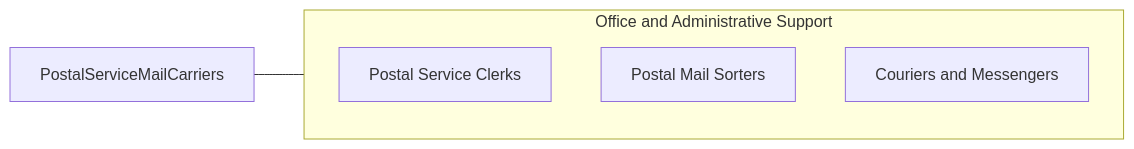
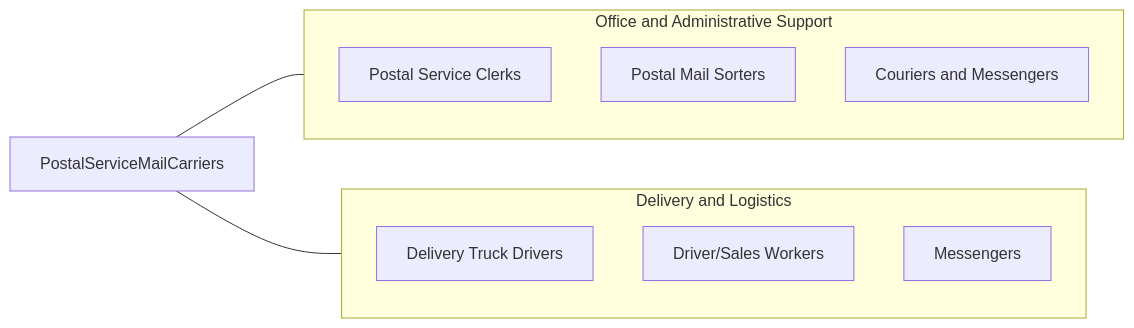
The fourth of 4 diagrams in occupations/Administrative/PostalServiceMailCarriers.mdx (kziemski/business.org.ai), drawn with Mermaid before and after one commit. The commit also changed other lines of this file and 19 other files, not shown here.

````diff
--- a/occupations/Administrative/PostalServiceMailCarriers.mdx
+++ b/occupations/Administrative/PostalServiceMailCarriers.mdx
@@ -101,10 +219,19 @@
 ```mermaid
 graph LR
     Current["PostalServiceMailCarriers"]
+
     subgraph SameCategory["Office and Administrative Support"]
-        RPostalClerks["Postal Service Clerks"]
-        RPostalSorters["Postal Mail Sorters"]
-        RCouriers["Couriers and Messengers"]
+        PostalClerks["Postal Service Clerks"]
+        PostalSorters["Postal Mail Sorters"]
+        Couriers["Couriers and Messengers"]
     end
+
+    subgraph CrossFunctional["Delivery and Logistics"]
+        DeliveryDrivers["Delivery Truck Drivers"]
+        DriversSales["Driver/Sales Workers"]
+        Messengers["Messengers"]
+    end
+
     Current --- SameCategory
+    Current --- CrossFunctional
 ```
````
